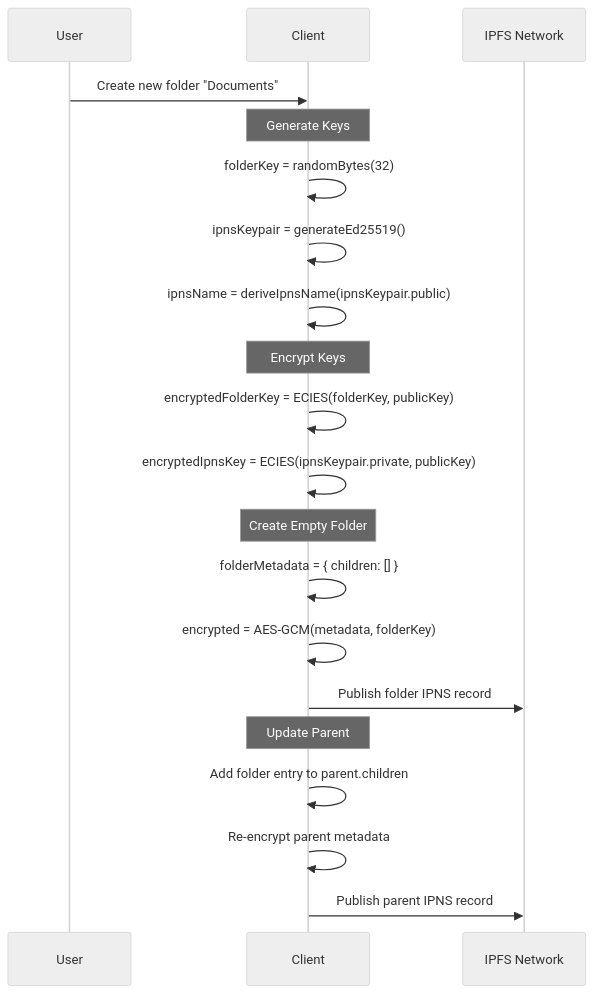
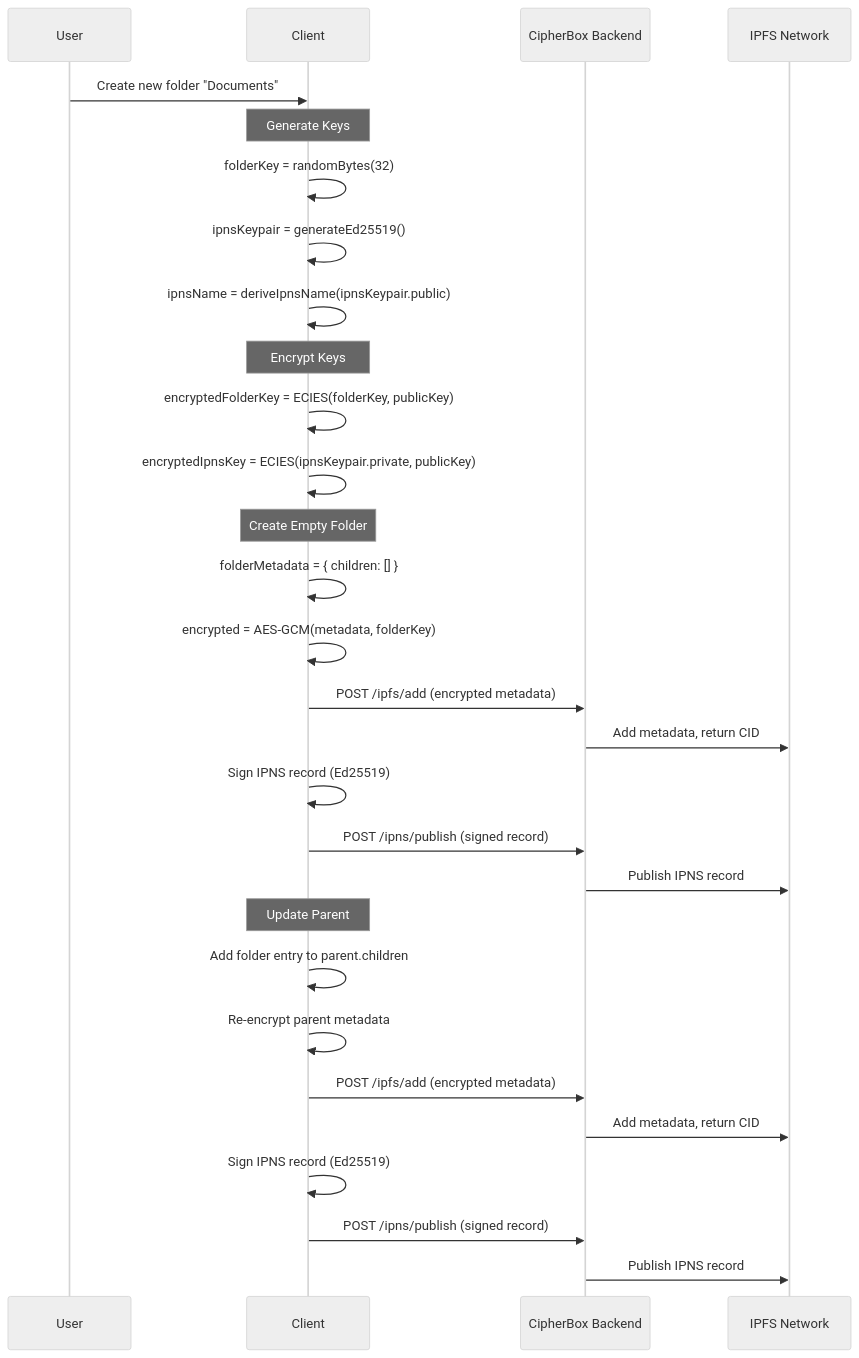
One commit to FSM1/cipher-box changed the ninth of 14 diagrams in Documentation/DATA_FLOWS.md. Above: the diagram before and after it, drawn with Mermaid (neutral theme). The commit also changed other lines of this file and 7 other files, not shown here.

Commit message:
bump version to 1.8.1 and update documentation for IPFS/IPNS relay integration

````diff
--- a/Documentation/DATA_FLOWS.md
+++ b/Documentation/DATA_FLOWS.md
@@ -359,27 +367,36 @@
 ```mermaid
 sequenceDiagram
     participant U as User
     participant C as Client
-    participant IPFS as IPFS Network
+  participant B as CipherBox Backend
+  participant IPFS as IPFS Network
     
     U->>C: Create new folder "Documents"
     
     Note over C: Generate Keys
     C->>C: folderKey = randomBytes(32)
     C->>C: ipnsKeypair = generateEd25519()
     C->>C: ipnsName = deriveIpnsName(ipnsKeypair.public)
     
     Note over C: Encrypt Keys
     C->>C: encryptedFolderKey = ECIES(folderKey, publicKey)
     C->>C: encryptedIpnsKey = ECIES(ipnsKeypair.private, publicKey)
     
     Note over C: Create Empty Folder
     C->>C: folderMetadata = { children: [] }
     C->>C: encrypted = AES-GCM(metadata, folderKey)
-    C->>IPFS: Publish folder IPNS record
+    C->>B: POST /ipfs/add (encrypted metadata)
+    B->>IPFS: Add metadata, return CID
+    C->>C: Sign IPNS record (Ed25519)
+    C->>B: POST /ipns/publish (signed record)
+    B->>IPFS: Publish IPNS record
     
     Note over C: Update Parent
     C->>C: Add folder entry to parent.children
     C->>C: Re-encrypt parent metadata
-    C->>IPFS: Publish parent IPNS record
+    C->>B: POST /ipfs/add (encrypted metadata)
+    B->>IPFS: Add metadata, return CID
+    C->>C: Sign IPNS record (Ed25519)
+    C->>B: POST /ipns/publish (signed record)
+    B->>IPFS: Publish IPNS record
 ```
````
